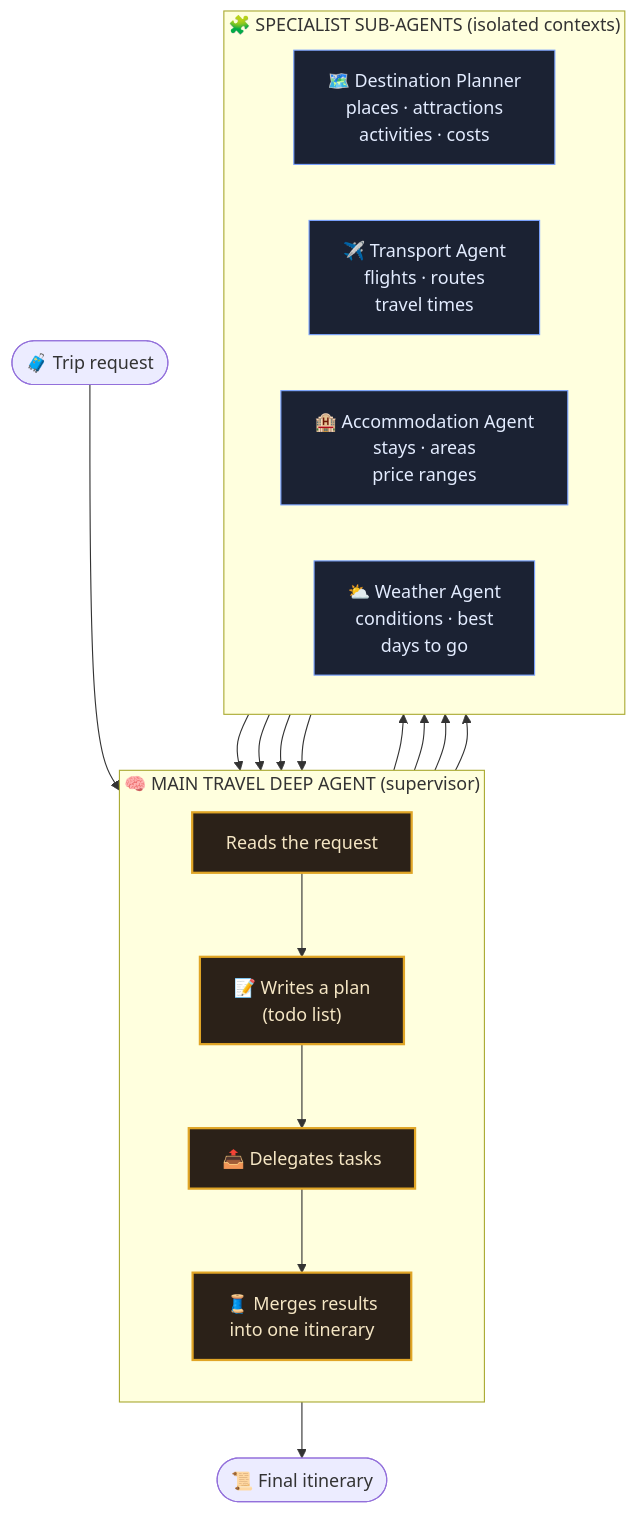
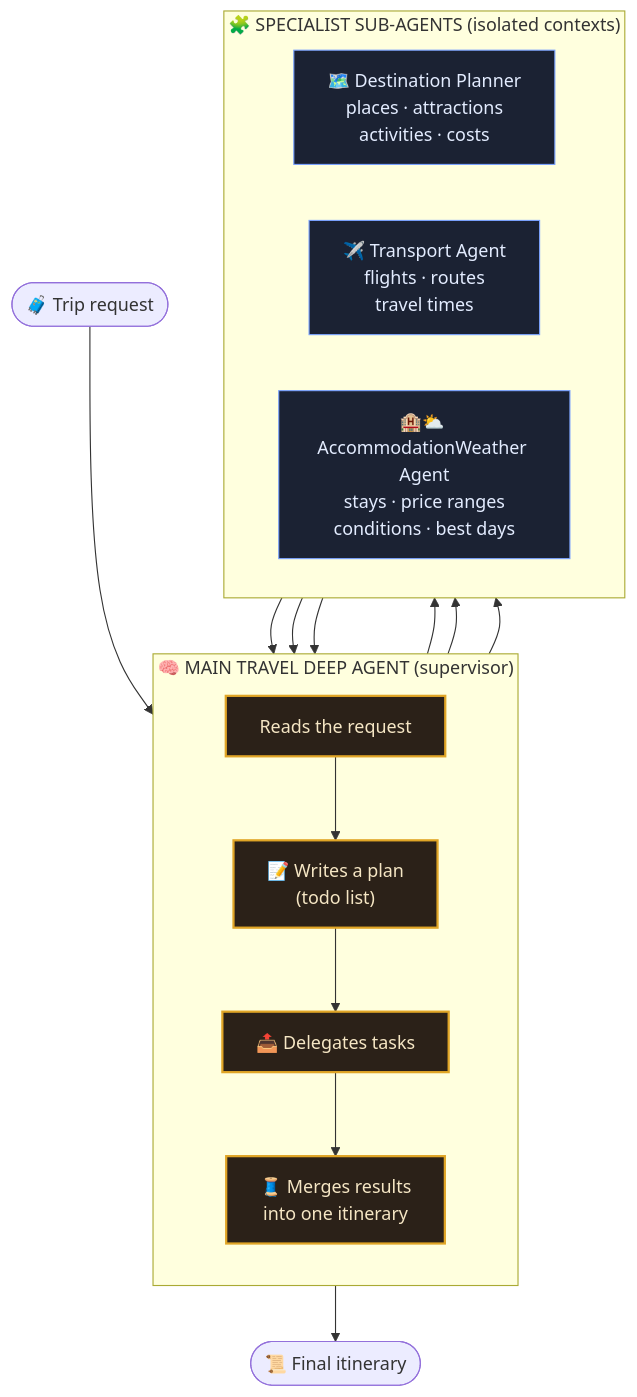
Before and after one commit to yadavnitesh86/Waynora: the second of 6 diagrams in README.md, drawn with Mermaid. The commit also changed other lines of this file, not shown here.

First line of the commit message:
Revise README with live demo and agent updates

````diff
--- a/README.md
+++ b/README.md
@@ -81,35 +84,32 @@
 ```mermaid
 flowchart TD
     USER(["🧳 Trip request"]) --> MAIN
 
     subgraph BRAIN ["🧠 MAIN TRAVEL DEEP AGENT (supervisor)"]
         direction TB
         MAIN["Reads the request"] --> PLAN["📝 Writes a plan<br/>(todo list)"]
         PLAN --> DELEGATE["📤 Delegates tasks"]
         DELEGATE --> MERGE["🧵 Merges results<br/>into one itinerary"]
     end
 
     DELEGATE --> D
     DELEGATE --> T
-    DELEGATE --> A
-    DELEGATE --> W
+    DELEGATE --> AW
 
     subgraph TEAM ["🧩 SPECIALIST SUB-AGENTS (isolated contexts)"]
         direction LR
         D["🗺️ Destination Planner<br/>places · attractions<br/>activities · costs"]
         T["✈️ Transport Agent<br/>flights · routes<br/>travel times"]
-        A["🏨 Accommodation Agent<br/>stays · areas<br/>price ranges"]
-        W["⛅ Weather Agent<br/>conditions · best<br/>days to go"]
+        AW["🏨⛅ AccommodationWeather Agent<br/>stays · price ranges<br/>conditions · best days"]
     end
 
     D --> MERGE
     T --> MERGE
-    A --> MERGE
-    W --> MERGE
+    AW --> MERGE
     MERGE --> OUT(["📜 Final itinerary"])
 
     classDef sup fill:#2b2118,stroke:#e0a526,color:#f5e6c4,stroke-width:2px;
     classDef sub fill:#1b2233,stroke:#7aa2ff,color:#e3ecff;
     class MAIN,PLAN,DELEGATE,MERGE sup;
-    class D,T,A,W sub;
+    class D,T,AW sub;
 ```
````
